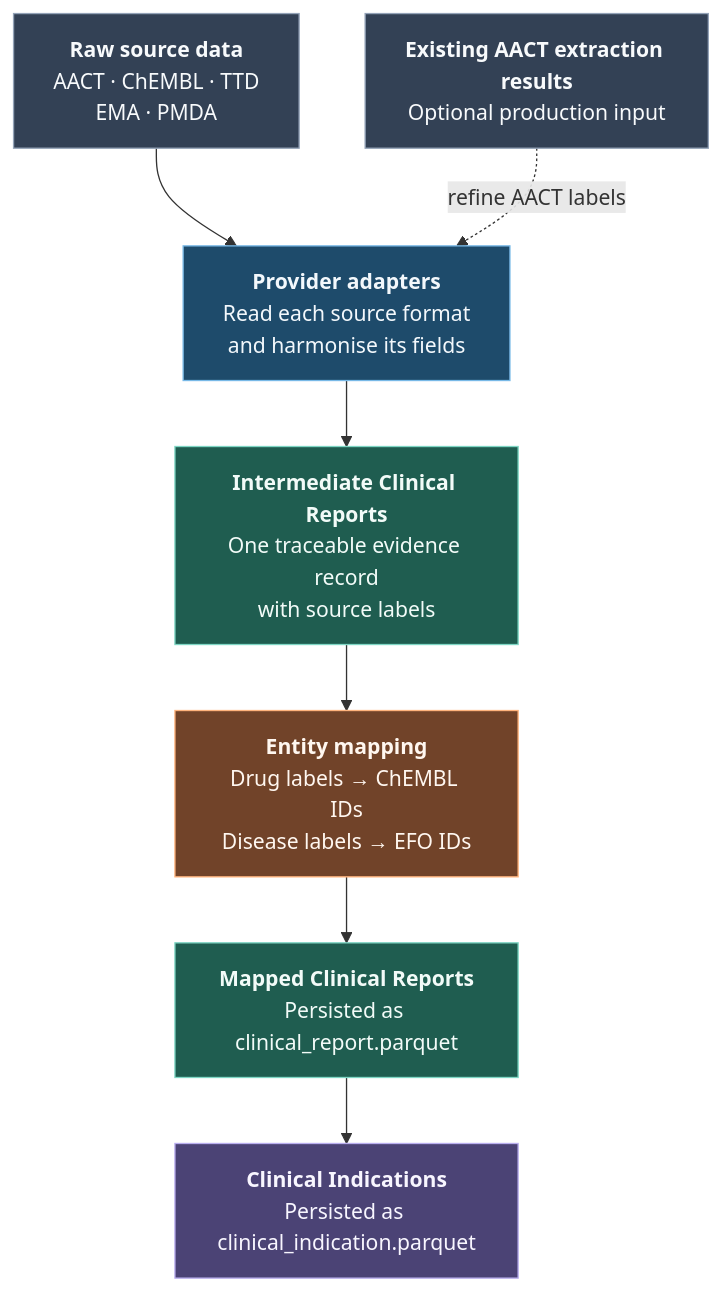
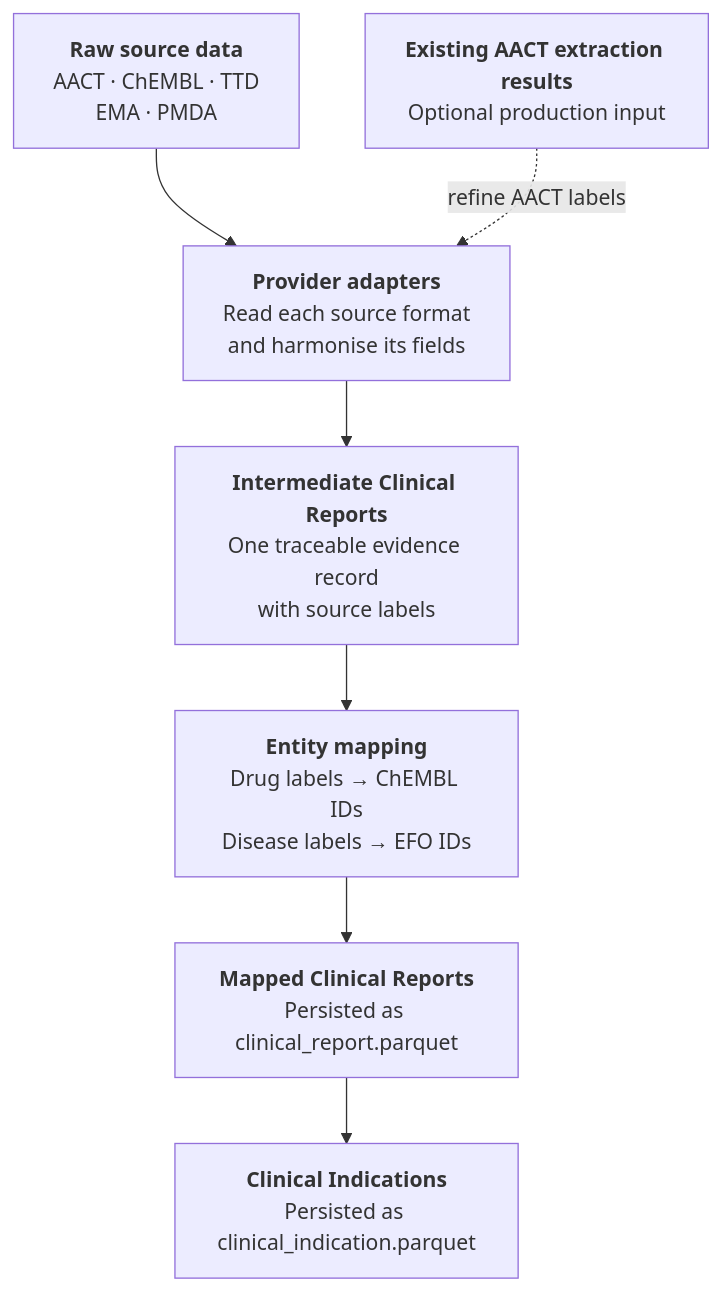
Before and after one commit to opentargets/mira: the diagram in docs/concepts.md, drawn with Mermaid. The commit also changed 8 other files, not shown here.

````diff
--- a/docs/concepts.md
+++ b/docs/concepts.md
@@ -12,25 +12,18 @@
 ```mermaid
 flowchart TD
     SOURCES["<b>Raw source data</b><br/>AACT · ChEMBL · TTD<br/>EMA · PMDA"]
     EXTRACTIONS["<b>Existing AACT extraction results</b><br/>Optional production input"]
     ADAPTERS["<b>Provider adapters</b><br/>Read each source format<br/>and harmonise its fields"]
     REPORTS["<b>Intermediate Clinical Reports</b><br/>One traceable evidence record<br/>with source labels"]
     MAPPING["<b>Entity mapping</b><br/>Drug labels → ChEMBL IDs<br/>Disease labels → EFO IDs"]
     MAPPED["<b>Mapped Clinical Reports</b><br/>Persisted as clinical_report.parquet"]
     INDICATIONS["<b>Clinical Indications</b><br/>Persisted as clinical_indication.parquet"]
 
     SOURCES --> ADAPTERS
     EXTRACTIONS -.->|refine AACT labels| ADAPTERS
     ADAPTERS --> REPORTS
     REPORTS --> MAPPING
     MAPPING --> MAPPED
     MAPPED --> INDICATIONS
 
-    style SOURCES fill:#334155,stroke:#94a3b8,color:#f8fafc
-    style EXTRACTIONS fill:#334155,stroke:#94a3b8,color:#f8fafc
-    style ADAPTERS fill:#1e4b6b,stroke:#78b9e7,color:#f3f8fc
-    style REPORTS fill:#1f5d50,stroke:#7ed6c4,color:#f2fbf8
-    style MAPPING fill:#714329,stroke:#ffb37c,color:#fff7f0
-    style MAPPED fill:#1f5d50,stroke:#7ed6c4,color:#f2fbf8
-    style INDICATIONS fill:#4b4375,stroke:#b9aeef,color:#f8f6ff
 ```
````
